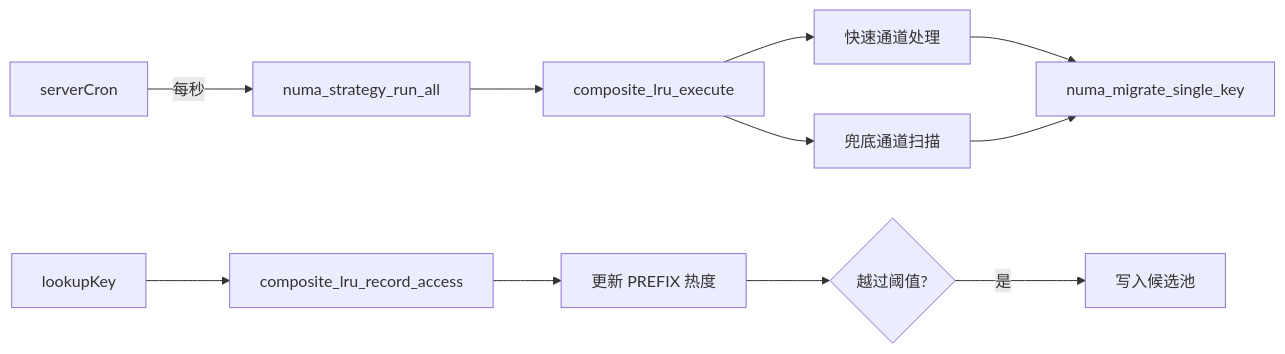
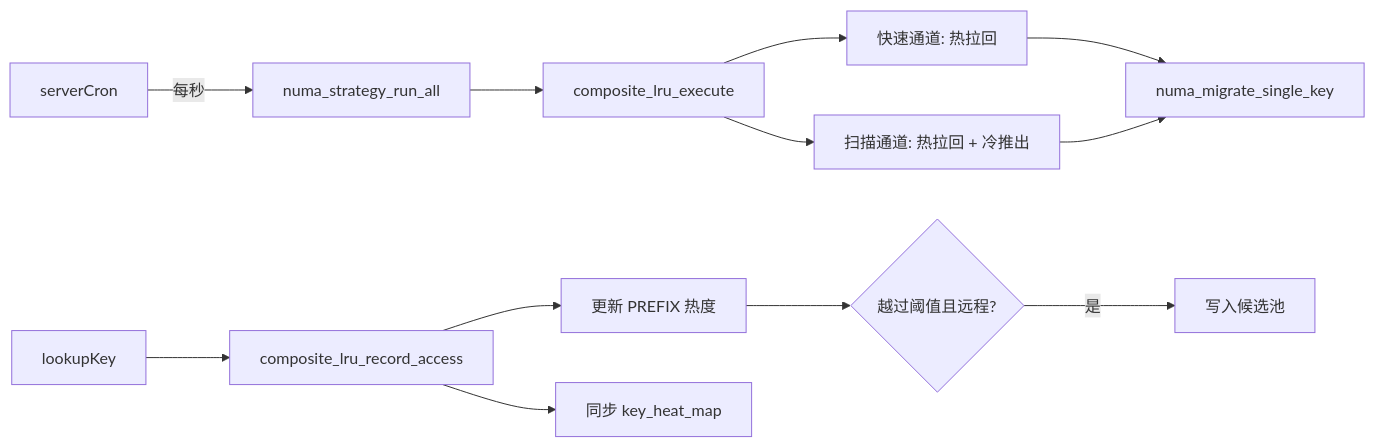
One commit to xDJTomato/Redis-NUMA changed the third of 3 diagrams in docs/new/06-numa-composite-lru.md. Above: the diagram before and after it, drawn with Mermaid. The commit also changed other lines of this file and 156 other files, not shown here.

````diff
--- a/docs/new/06-numa-composite-lru.md
+++ b/docs/new/06-numa-composite-lru.md
@@ -519,15 +364,16 @@
 ```mermaid
 graph LR
     A[serverCron] -->|每秒| B[numa_strategy_run_all]
     B --> C[composite_lru_execute]
-    
+
     D[lookupKey] --> E[composite_lru_record_access]
     E --> F[更新 PREFIX 热度]
-    F --> G{越过阈值?}
-    G -->|是| H[写入候选池]
-    
-    C --> I[快速通道处理]
-    C --> J[兜底通道扫描]
-    I --> K[numa_migrate_single_key]
-    J --> K
+    E --> G[同步 key_heat_map]
+    F --> H{越过阈值且远程?}
+    H -->|是| I[写入候选池]
+
+    C --> J[快速通道: 热拉回]
+    C --> K[扫描通道: 热拉回 + 冷推出]
+    J --> L[numa_migrate_single_key]
+    K --> L
 ```
````
